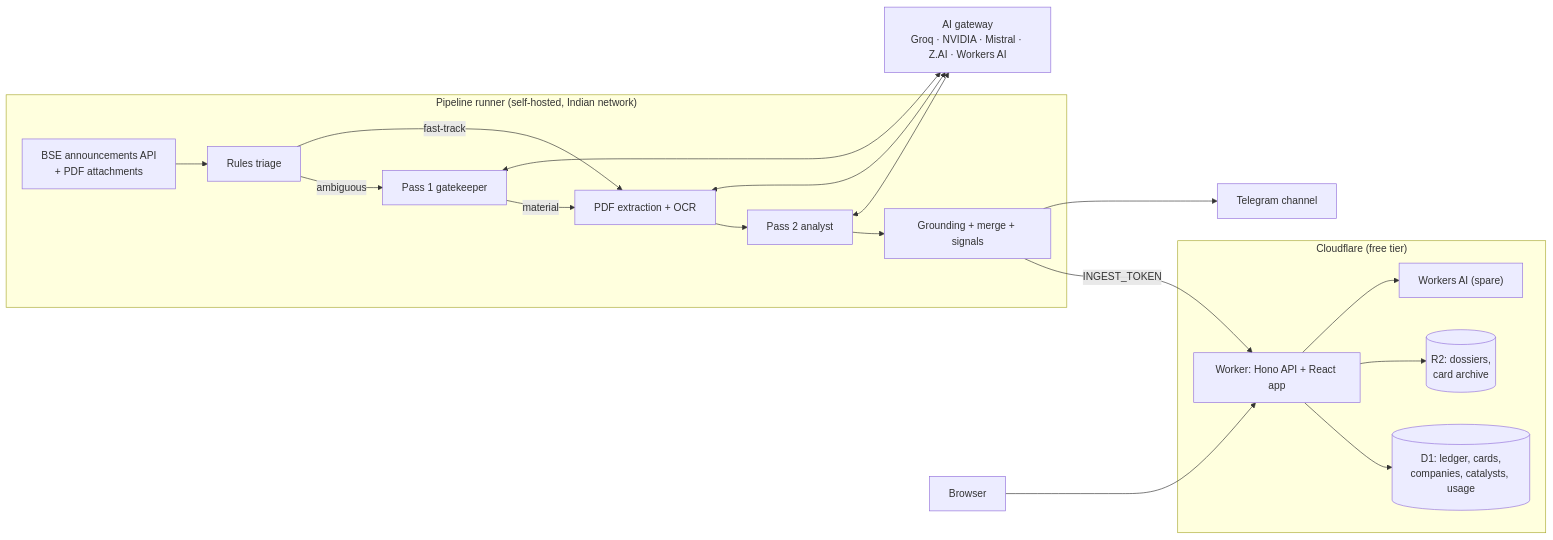
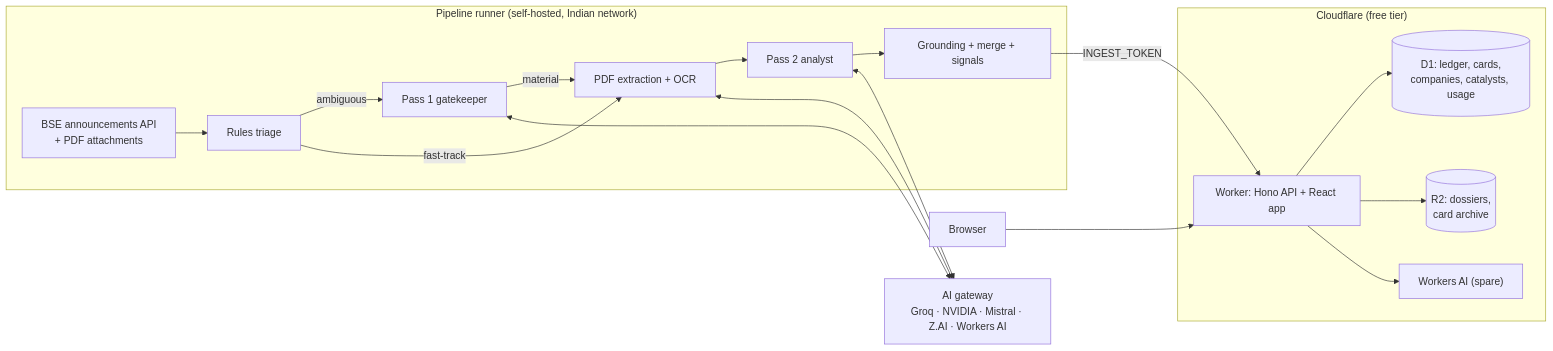
The diagram in docs/SPEC.md (hipareshpatel/Insiders), drawn with Mermaid before and after one commit. The commit also changed other lines of this file and 41 other files, not shown here.

````diff
--- a/docs/SPEC.md
+++ b/docs/SPEC.md
@@ -34,23 +34,22 @@
 ```mermaid
 flowchart LR
   subgraph Runner["Pipeline runner (self-hosted, Indian network)"]
     BSE["BSE announcements API<br/>+ PDF attachments"] --> R["Rules triage"]
     R -->|ambiguous| P1["Pass 1 gatekeeper"]
     R -->|fast-track| X["PDF extraction + OCR"]
     P1 -->|material| X
     X --> P2["Pass 2 analyst"]
     P2 --> G["Grounding + merge + signals"]
   end
   GW["AI gateway<br/>Groq · NVIDIA · Mistral · Z.AI · Workers AI"]
   P1 <--> GW
   P2 <--> GW
   X <--> GW
   G -->|"INGEST_TOKEN"| W
   subgraph CF["Cloudflare (free tier)"]
     W["Worker: Hono API + React app"] --> D1[("D1: ledger, cards,<br/>companies, catalysts, usage")]
     W --> R2[("R2: dossiers,<br/>card archive")]
     W --> AI["Workers AI (spare)"]
   end
-  G --> TG["Telegram channel"]
   U["Browser"] --> W
 ```
````
